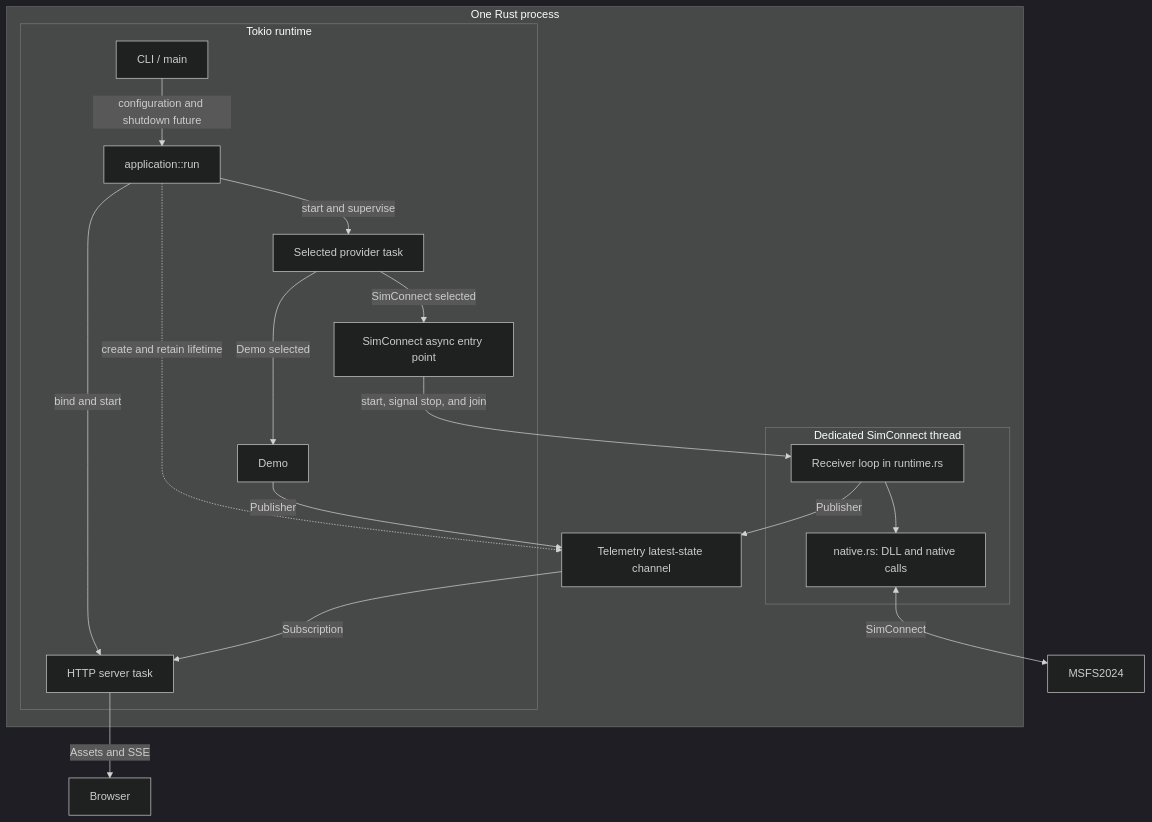
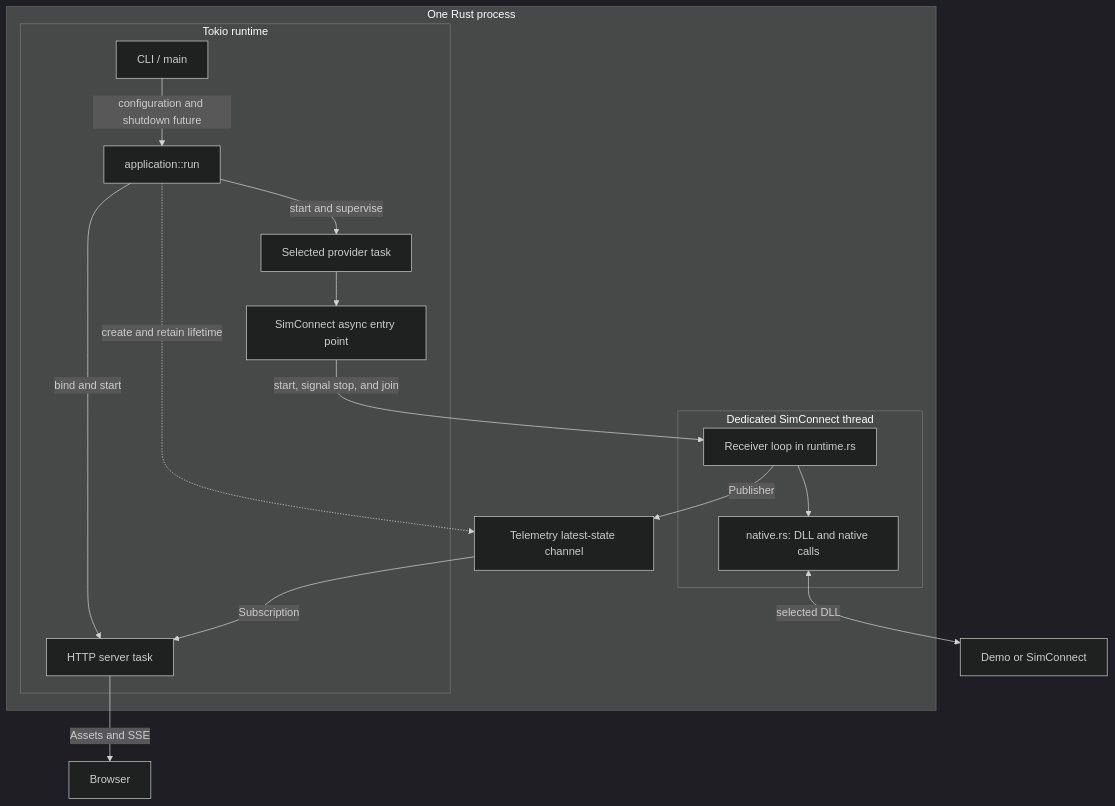
One commit to LeszekKantorek/msfs2024-artificial-horizon changed the second of 2 diagrams in docs/architecture.md. Above: the diagram before and after it, drawn with Mermaid (dark theme). The commit also changed other lines of this file and 86 other files, not shown here.

Commit message:
Implement JSONL-driven Demo DLL acquisition (#137)

````diff
--- a/docs/architecture.md
+++ b/docs/architecture.md
@@ -68,31 +65,28 @@
 ```mermaid
 flowchart TB
     subgraph Process["One Rust process"]
         subgraph Tokio["Tokio runtime"]
             CLI["CLI / main"]
             App["application::run"]
             HTTP["HTTP server task"]
             Provider["Selected provider task"]
-            Demo["Demo"]
             Bridge["SimConnect async entry point"]
             CLI -->|configuration and shutdown future| App
             App -->|bind and start| HTTP
             App -->|start and supervise| Provider
-            Provider -->|Demo selected| Demo
-            Provider -->|SimConnect selected| Bridge
+            Provider --> Bridge
         end
         subgraph Worker["Dedicated SimConnect thread"]
             Receiver["Receiver loop in runtime.rs"]
             Native["native.rs: DLL and native calls"]
             Receiver --> Native
         end
         State["Telemetry latest-state channel"]
         App -.->|create and retain lifetime| State
         Bridge -->|start, signal stop, and join| Receiver
-        Demo -->|Publisher| State
         Receiver -->|Publisher| State
         State -->|Subscription| HTTP
     end
-    Native <-->|SimConnect| Simulator["MSFS2024"]
+    Native <-->|selected DLL| Source["Demo or SimConnect"]
     HTTP -->|Assets and SSE| Browser["Browser"]
 ```
````
